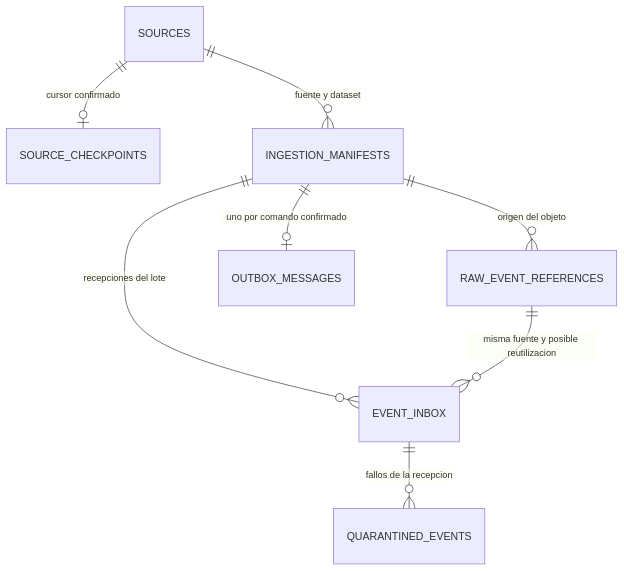
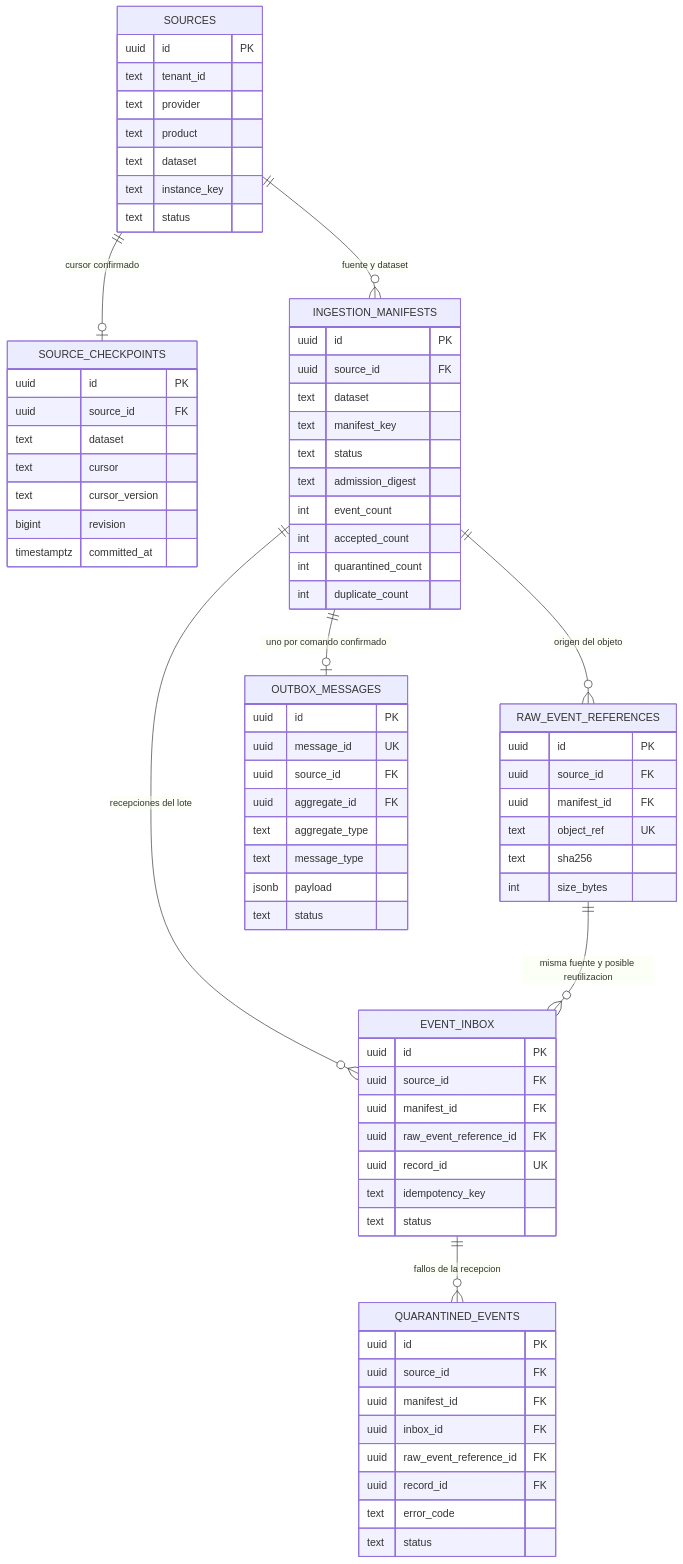
Before and after one commit to CyberStill-GmbH/qapaq-secops: the diagram in docs/diagrams/14-c-04-admission-er.mmd, drawn with Mermaid. The commit also changed 2 other files, not shown here.

Commit message:
docs(arquitectura): renderizar el ER real de C-04 con atributos
Se amplia docs/diagrams/14-c-04-admission-er.mmd con los bloques de
atributos (columnas, PK/FK/UK) de cada entidad, tomados literalmente
de platform/database/prisma/schema.prisma y su migracion
20260922000000_c04_admission -- no es un diagrama conceptual aparte,
es la misma fuente ampliada.

Se renderiza con mermaid-cli (no dibujado a mano) a
docs/architecture/assets/c-04-admission-er.png y se incrusta en
c-04-admission-er.md con una lectura guiada de las relaciones, antes
del diccionario fisico detallado.

```diff
--- a/docs/diagrams/14-c-04-admission-er.mmd
+++ b/docs/diagrams/14-c-04-admission-er.mmd
@@ -1,8 +1,76 @@
 erDiagram
+    SOURCES {
+        uuid id PK
+        text tenant_id
+        text provider
+        text product
+        text dataset
+        text instance_key
+        text status
+    }
+    SOURCE_CHECKPOINTS {
+        uuid id PK
+        uuid source_id FK
+        text dataset
+        text cursor
+        text cursor_version
+        bigint revision
+        timestamptz committed_at
+    }
+    INGESTION_MANIFESTS {
+        uuid id PK
+        uuid source_id FK
+        text dataset
+        text manifest_key
+        text status
+        text admission_digest
+        int event_count
+        int accepted_count
+        int quarantined_count
+        int duplicate_count
+    }
+    RAW_EVENT_REFERENCES {
+        uuid id PK
+        uuid source_id FK
+        uuid manifest_id FK
+        text object_ref UK
+        text sha256
+        int size_bytes
+    }
+    EVENT_INBOX {
+        uuid id PK
+        uuid source_id FK
+        uuid manifest_id FK
+        uuid raw_event_reference_id FK
+        uuid record_id UK
+        text idempotency_key
+        text status
+    }
+    OUTBOX_MESSAGES {
+        uuid id PK
+        uuid message_id UK
+        uuid source_id FK
+        uuid aggregate_id FK
+        text aggregate_type
+        text message_type
+        jsonb payload
+        text status
+    }
+    QUARANTINED_EVENTS {
+        uuid id PK
+        uuid source_id FK
+        uuid manifest_id FK
+        uuid inbox_id FK
+        uuid raw_event_reference_id FK
+        uuid record_id FK
+        text error_code
+        text status
+    }
+
     SOURCES ||--o| SOURCE_CHECKPOINTS : "cursor confirmado"
     SOURCES ||--o{ INGESTION_MANIFESTS : "fuente y dataset"
     INGESTION_MANIFESTS ||--o{ RAW_EVENT_REFERENCES : "origen del objeto"
     INGESTION_MANIFESTS ||--o{ EVENT_INBOX : "recepciones del lote"
     RAW_EVENT_REFERENCES ||--o{ EVENT_INBOX : "misma fuente y posible reutilizacion"
     INGESTION_MANIFESTS ||--o| OUTBOX_MESSAGES : "uno por comando confirmado"
     EVENT_INBOX ||--o{ QUARANTINED_EVENTS : "fallos de la recepcion"
```
